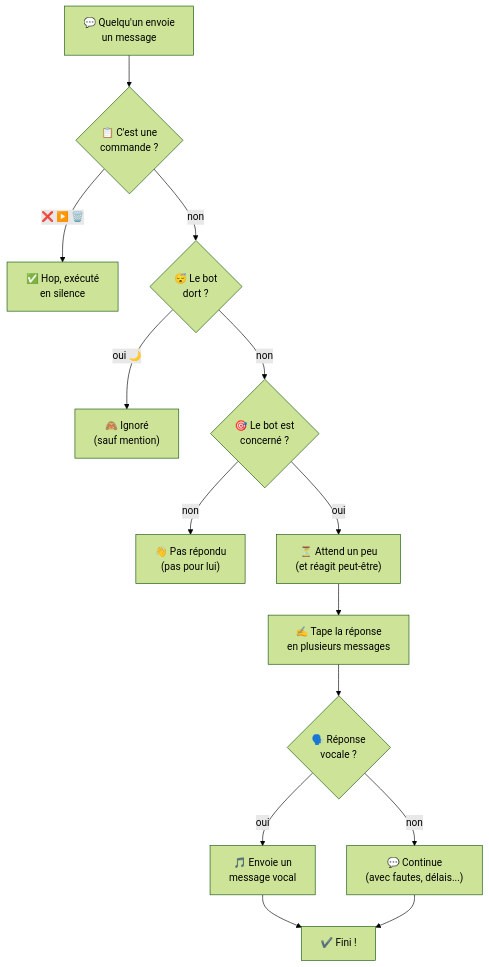
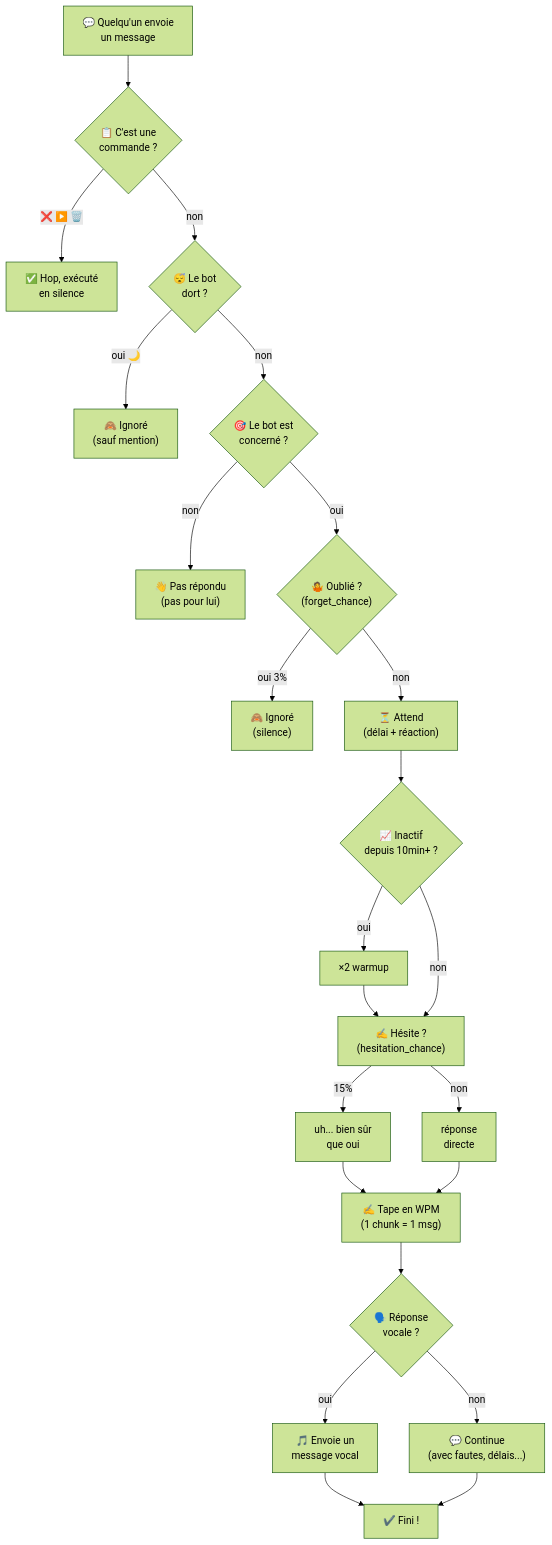
Before and after one commit to protocol-luna/krystal: the first of 10 diagrams in README.md, drawn with Mermaid (forest theme). The commit also changed other lines of this file, not shown here.

First line of the commit message:
docs: update README with all new features (hesitation, forget, WPM, inactivity warmup, dynamic status)

````diff
--- a/README.md
+++ b/README.md
@@ -76,16 +76,25 @@
 ```mermaid
 flowchart TD
     A["💬 Quelqu'un envoie\nun message"] --> B{"📋 C'est une\ncommande ?"}
     B -- "❌ ▶️ 🗑️" --> C["✅ Hop, exécuté\nen silence"]
     B -- "non" --> D{"😴 Le bot\ndort ?"}
     D -- "oui 🌙" --> E["🙈 Ignoré\n(sauf mention)"]
     D -- "non" --> F{"🎯 Le bot est\nconcerné ?"}
     F -- "non" --> G["👋 Pas répondu\n(pas pour lui)"]
-    F -- "oui" --> H["⏳ Attend un peu\n(et réagit peut-être)"]
-    H --> I["✍️ Tape la réponse\nen plusieurs messages"]
-    I --> J{"🗣️ Réponse\nvocale ?"}
-    J -- "oui" --> K["🎵 Envoie un\nmessage vocal"]
-    J -- "non" --> L["💬 Continue\n(avec fautes, délais...)"]
-    K --> M["✔️ Fini !"]
+    F -- "oui" --> H{"🤷 Oublié ?\n(forget_chance)"}
+    H -- "oui 3%" --> I["🙈 Ignoré\n(silence)"]
+    H -- "non" --> J["⏳ Attend\n(délai + réaction)"]
+    J --> K{"📈 Inactif\ndepuis 10min+ ?"}
+    K -- "oui" --> L["×2 warmup"]
     L --> M
+    K -- "non" --> M["✍️ Hésite ?\n(hesitation_chance)"]
+    M -- "15%" --> N["uh... bien sûr\nque oui"]
+    M -- "non" --> O["réponse\ndirecte"]
+    N --> P["✍️ Tape en WPM\n(1 chunk = 1 msg)"]
+    O --> P
+    P --> Q{"🗣️ Réponse\nvocale ?"}
+    Q -- "oui" --> R["🎵 Envoie un\nmessage vocal"]
+    Q -- "non" --> S["💬 Continue\n(avec fautes, délais...)"]
+    R --> T["✔️ Fini !"]
+    S --> T
 ```
````
